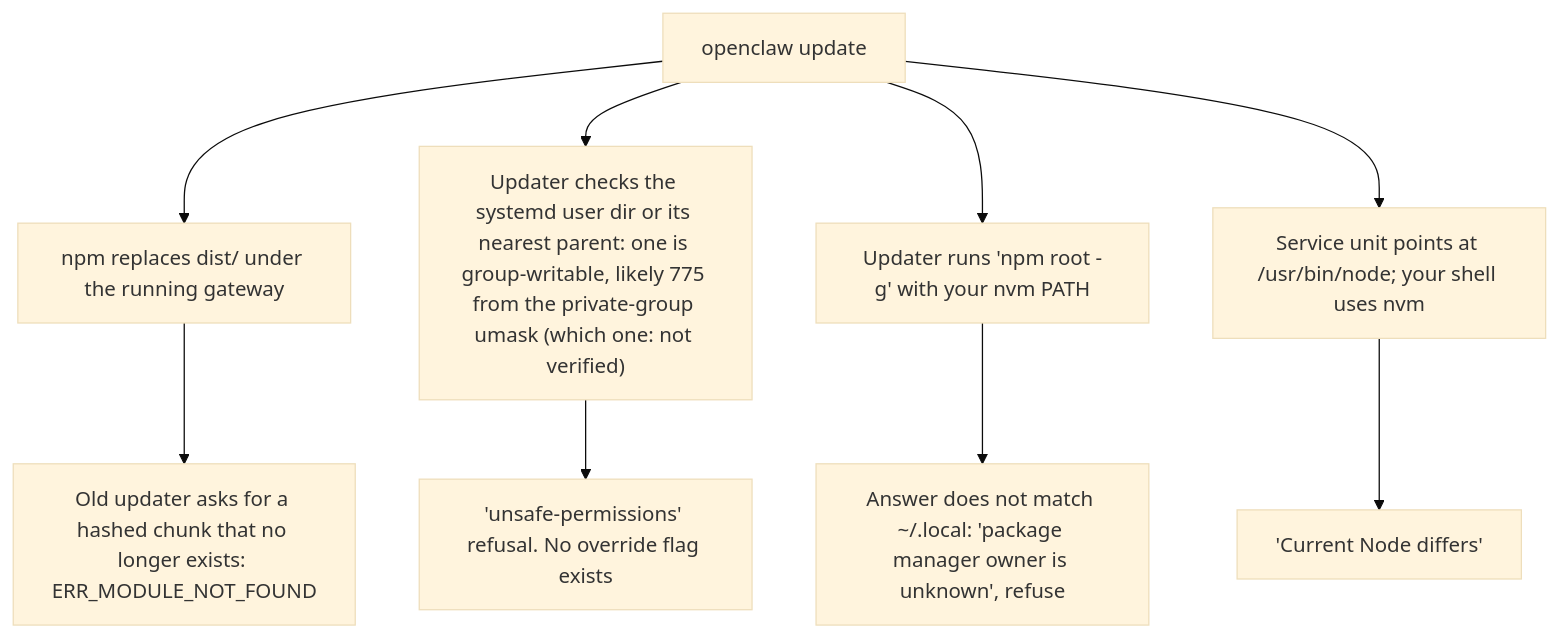
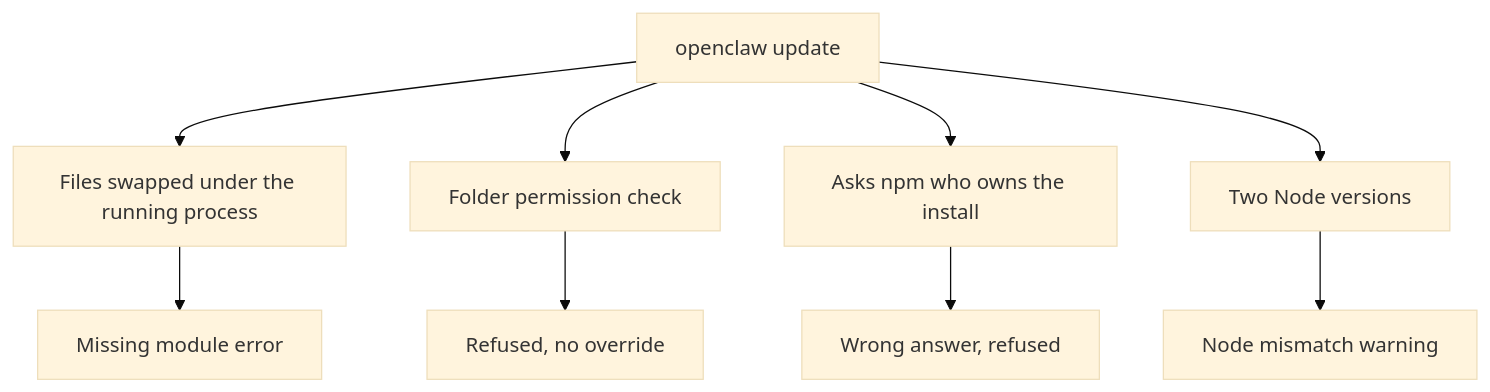
One commit to JaredTate/nerdgenie changed the seventh of 7 diagrams in docs/HARNESS_V2.md. Above: the diagram before and after it, drawn with Mermaid (base theme). The commit also changed other lines of this file and 4 other files, not shown here.

Commit message:
Rewrite both documents in complete sentences; redraw all ten diagrams with short labels so nothing is clipped

````diff
--- a/docs/HARNESS_V2.md
+++ b/docs/HARNESS_V2.md
@@ -318,11 +331,11 @@
 ```mermaid
 flowchart TD
-  A["openclaw update"] --> B["npm replaces dist/ under the running gateway"]
-  B --> C["Old updater asks for a hashed chunk that no longer exists: ERR_MODULE_NOT_FOUND"]
-  A --> D["Updater checks the systemd user dir or its nearest parent: one is group-writable, likely 775 from the private-group umask (which one: not verified)"]
-  D --> E["'unsafe-permissions' refusal. No override flag exists"]
-  A --> F["Updater runs 'npm root -g' with your nvm PATH"]
-  F --> G["Answer does not match ~/.local: 'package manager owner is unknown', refuse"]
-  A --> H["Service unit points at /usr/bin/node; your shell uses nvm"]
-  H --> I["'Current Node differs'"]
+  A["openclaw update"] --> B["Files swapped under the running process"]
+  B --> C["Missing module error"]
+  A --> D["Folder permission check"]
+  D --> E["Refused, no override"]
+  A --> F["Asks npm who owns the install"]
+  F --> G["Wrong answer, refused"]
+  A --> H["Two Node versions"]
+  H --> I["Node mismatch warning"]
 ```
````
